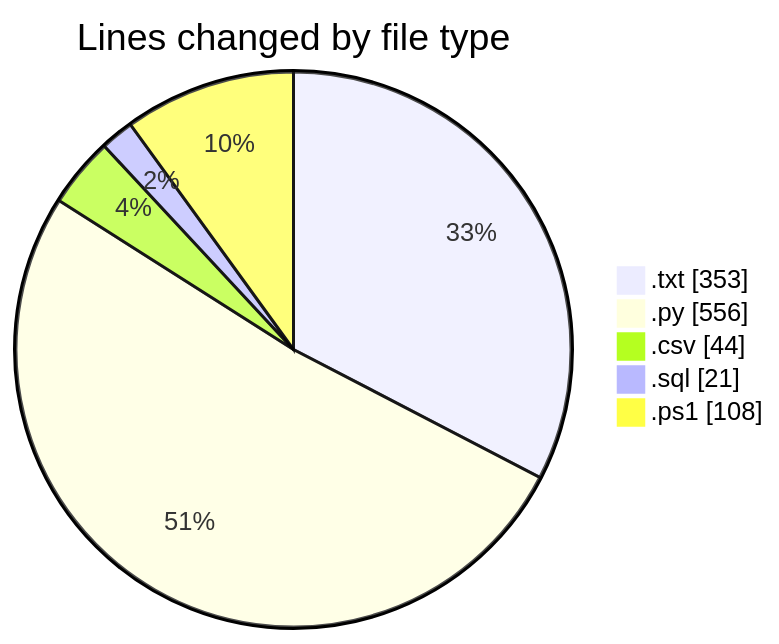
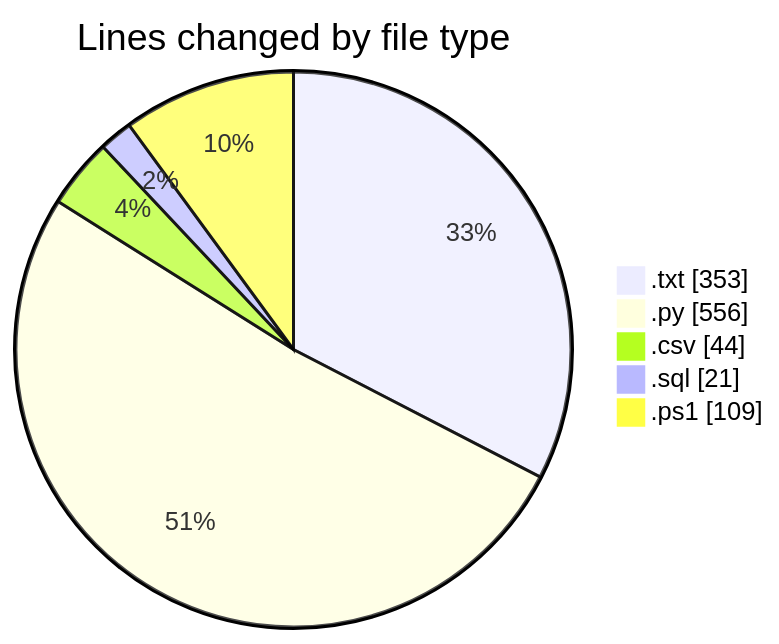
One commit to lephambinh05/code-tracking changed the first of 2 diagrams in 2025-09-10/data/README.md. Above: the diagram before and after it, drawn with Mermaid. The commit also changed other lines of this file and 1 other file, not shown here.

````diff
--- a/2025-09-10/data/README.md
+++ b/2025-09-10/data/README.md
@@ -30,9 +30,9 @@
 ```mermaid
 pie showData
 title Lines changed by file type
 ".txt" : 353
 ".py" : 556
 ".csv" : 44
 ".sql" : 21
-".ps1" : 108
+".ps1" : 109
 ```
````
